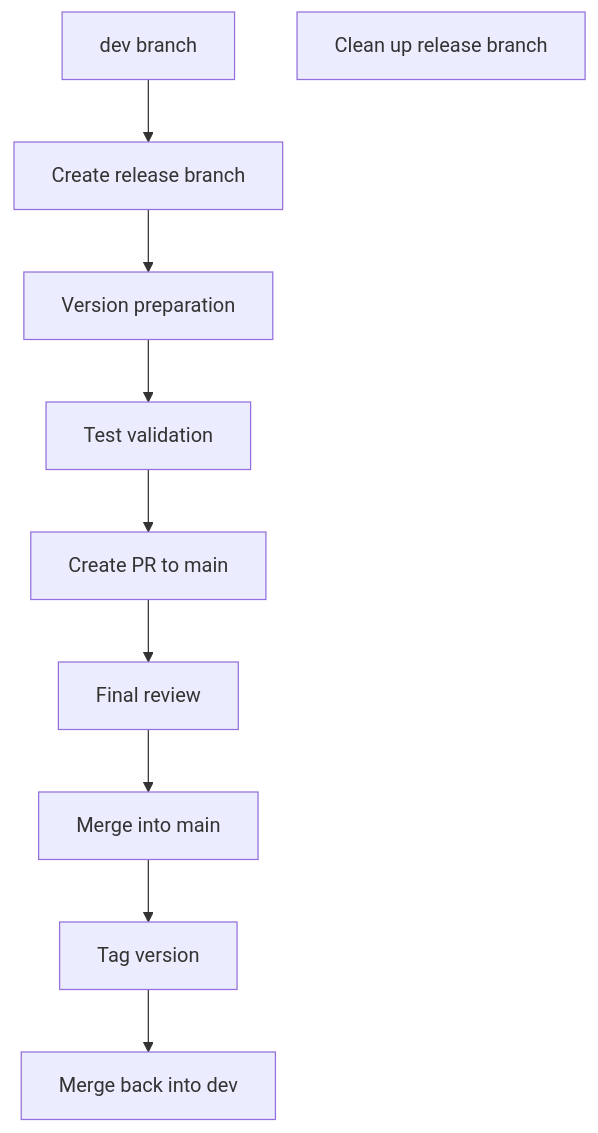
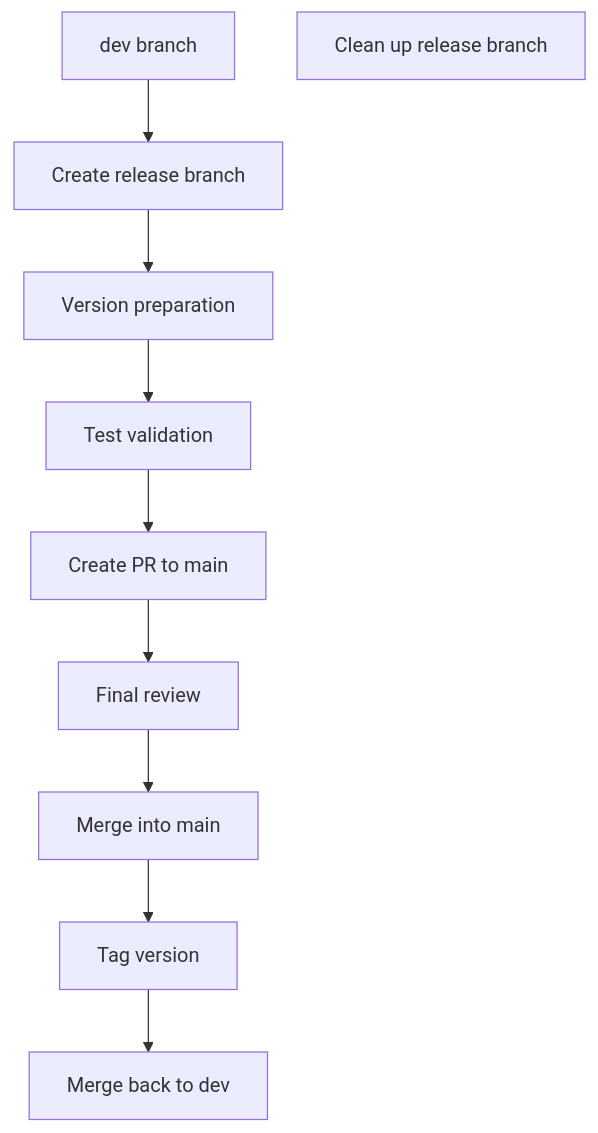
Before and after one commit to ChenXu233/YaoXiang: the third of 3 diagrams in docs/src/en/dev/branch-maintenance-guide.md, drawn with Mermaid. The commit also changed other lines of this file and 2 other files, not shown here.

````diff
--- a/docs/src/en/dev/branch-maintenance-guide.md
+++ b/docs/src/en/dev/branch-maintenance-guide.md
@@ -182,12 +215,12 @@
 ```mermaid
 graph TD
     A[dev branch] --> B[Create release branch]
     B --> C[Version preparation]
     C --> D[Test validation]
     D --> E[Create PR to main]
     E --> F[Final review]
     F --> G[Merge into main]
     G --> H[Tag version]
-    H --> I[Merge back into dev]
+    H --> I[Merge back to dev]
     J[Clean up release branch]
 ```
````
